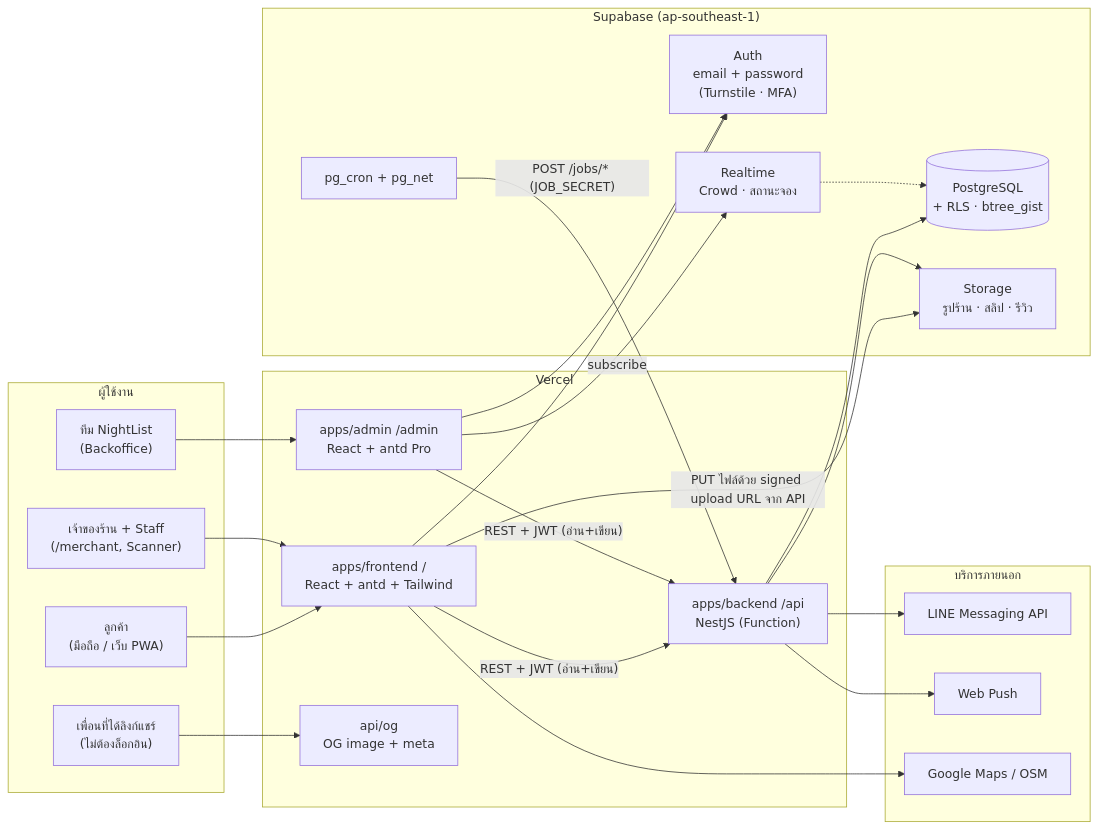
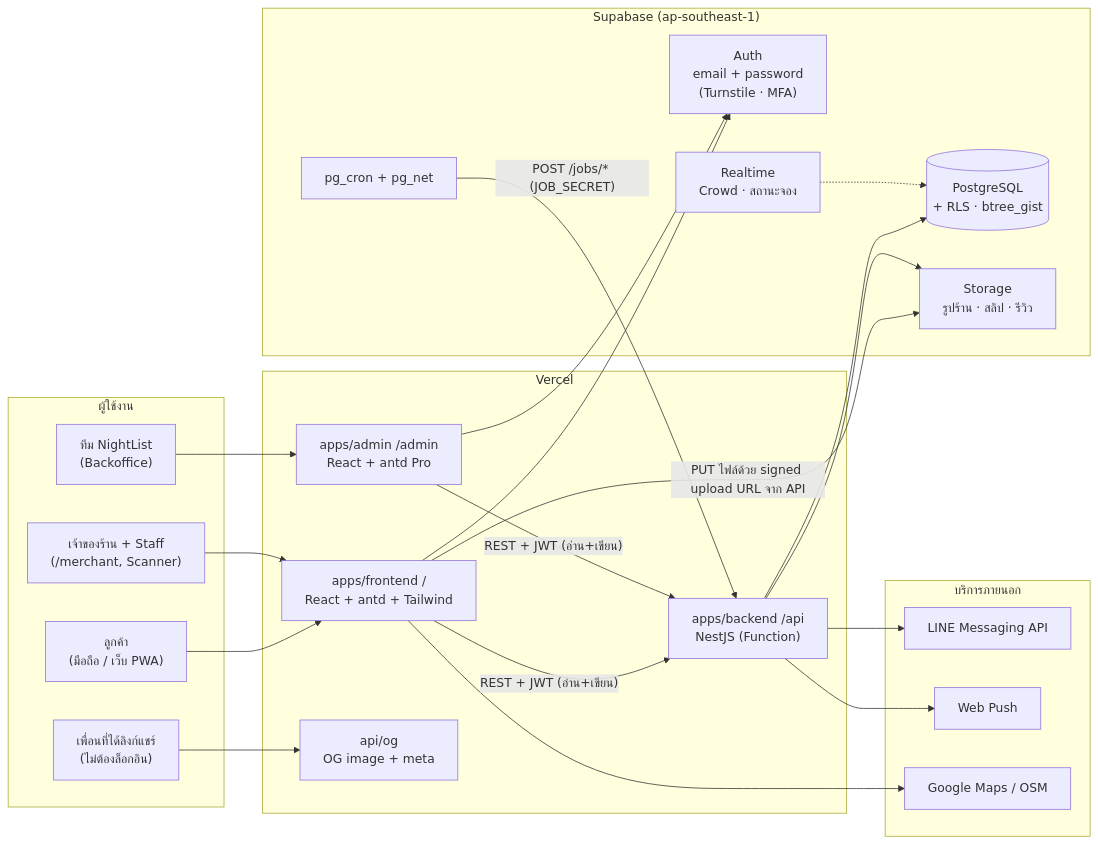
One commit to NightList/NightList changed the first of 7 diagrams in docs/ARCHITECTURE.md. Above: the diagram before and after it, drawn with Mermaid. The commit also changed other lines of this file and 6 other files, not shown here.

First line of the commit message:
docs: ADR 0003 (Backoffice ผ่าน Backend API) + อัปเดต ARCHITECTURE / CLAUDE.md / SUPABASE.md

````diff
--- a/docs/ARCHITECTURE.md
+++ b/docs/ARCHITECTURE.md
@@ -7,45 +7,44 @@
 ```mermaid
 flowchart LR
   subgraph Clients["ผู้ใช้งาน"]
     C["ลูกค้า<br/>(มือถือ / เว็บ PWA)"]
     M["เจ้าของร้าน + Staff<br/>(/merchant, Scanner)"]
     A["ทีม NightList<br/>(Backoffice)"]
     F["เพื่อนที่ได้ลิงก์แชร์<br/>(ไม่ต้องล็อกอิน)"]
   end
 
   subgraph Vercel["Vercel"]
     WEB["apps/frontend  /<br/>React + antd + Tailwind"]
     ADM["apps/admin  /admin<br/>React + antd Pro"]
     OG["api/og<br/>OG image + meta"]
     API["apps/backend  /api<br/>NestJS (Function)"]
   end
 
   subgraph Supabase["Supabase (ap-southeast-1)"]
     AUTH["Auth<br/>email + password<br/>(Turnstile · MFA)"]
     DB[("PostgreSQL<br/>+ RLS · btree_gist")]
     ST["Storage<br/>รูปร้าน · สลิป · รีวิว"]
     RT["Realtime<br/>Crowd · สถานะจอง"]
     CRON["pg_cron + pg_net"]
   end
 
   subgraph External["บริการภายนอก"]
     LINE["LINE Messaging API"]
     PUSH["Web Push"]
     MAP["Google Maps / OSM"]
   end
 
   C & M --> WEB
   A --> ADM
   F --> OG
   WEB & ADM -- "REST + JWT (อ่าน+เขียน)" --> API
-  ADM -- "subscribe" --> RT
   WEB & ADM --> AUTH
   WEB -- "PUT ไฟล์ด้วย signed upload URL จาก API" --> ST
   WEB --> MAP
   API --> DB
   API --> ST
   API --> LINE
   API --> PUSH
   CRON -- "POST /jobs/* (JOB_SECRET)" --> API
   RT -.-> DB
 ```
````
